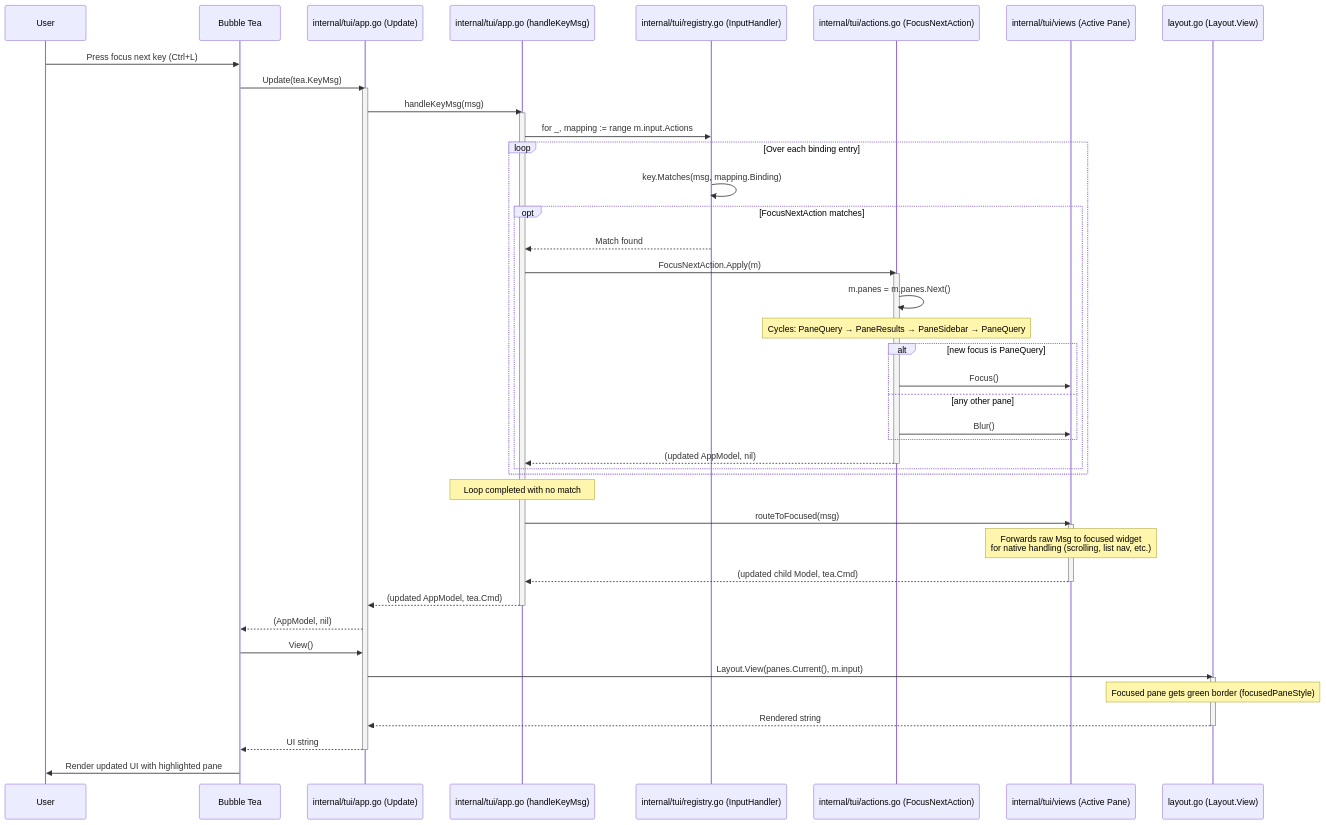
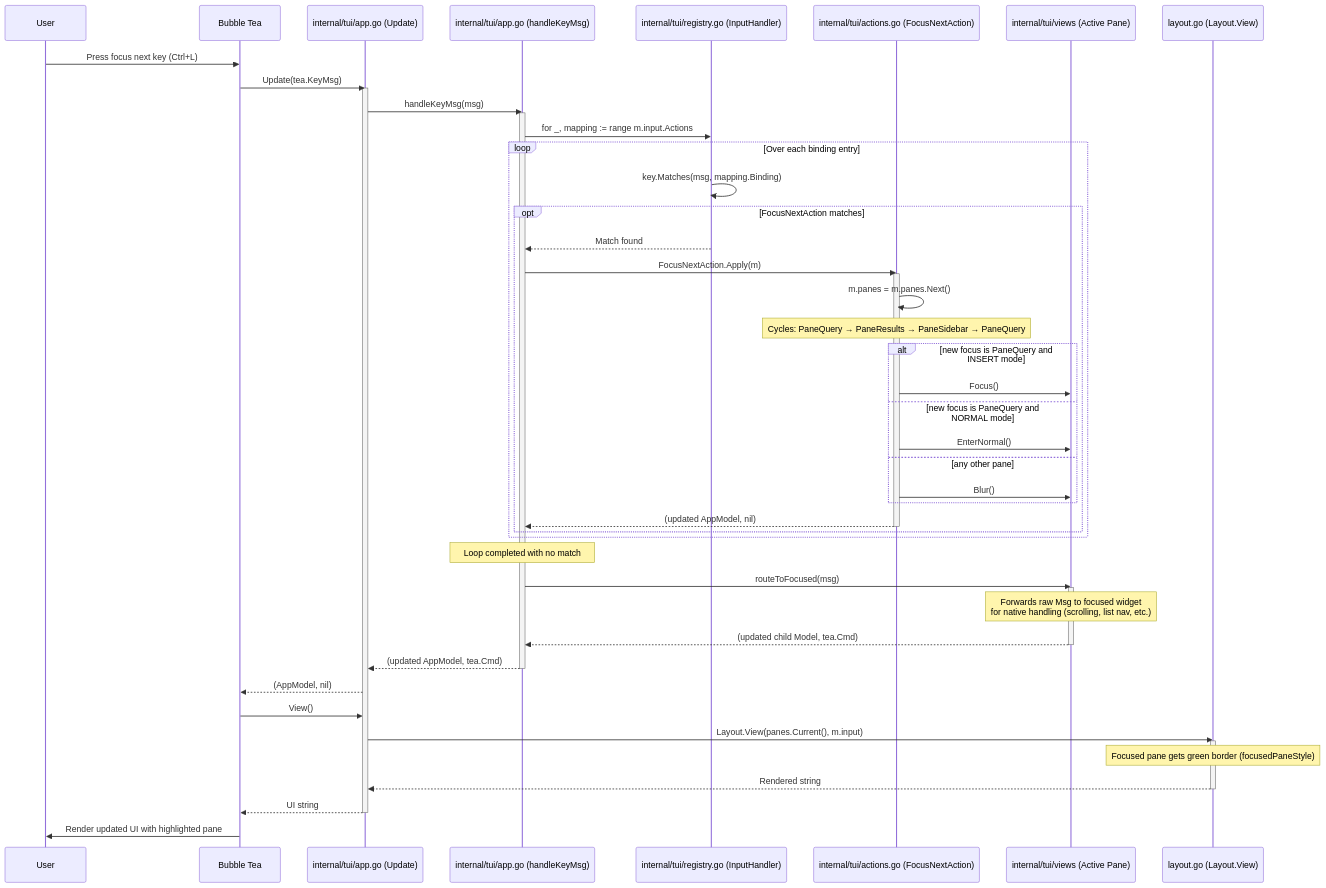
One commit to ajitm722/LazyOS changed the fifth of 5 diagrams in docs/sequence_flows.md. Above: the diagram before and after it, drawn with Mermaid. The commit also changed other lines of this file and 6 other files, not shown here.

First line of the commit message:
feat: vim-style cursor in querybar normal mode with w/b/h/l navigation

````diff
--- a/docs/sequence_flows.md
+++ b/docs/sequence_flows.md
@@ -372,61 +372,63 @@
 ```mermaid
 sequenceDiagram
     participant User as User
     participant Runtime as Bubble Tea
     participant Model as internal/tui/app.go (Update)
     participant Handler as internal/tui/app.go (handleKeyMsg)
     participant Reg as internal/tui/registry.go (InputHandler)
     participant Action as internal/tui/actions.go (FocusNextAction)
     participant Child as internal/tui/views (Active Pane)
     participant Layout as layout.go (Layout.View)
 
     User->>Runtime: Press focus next key (Ctrl+L)
     Runtime->>Model: Update(tea.KeyMsg)
 
     activate Model
     Model->>Handler: handleKeyMsg(msg)
     activate Handler
 
     Handler->>Reg: for _, mapping := range m.input.Actions
 
     loop Over each binding entry
         Reg->>Reg: key.Matches(msg, mapping.Binding)
         opt FocusNextAction matches
             Reg-->>Handler: Match found
             Handler->>Action: FocusNextAction.Apply(m)
             activate Action
             Action->>Action: m.panes = m.panes.Next()
             Note over Action: Cycles: PaneQuery → PaneResults → PaneSidebar → PaneQuery
-            alt new focus is PaneQuery
+            alt new focus is PaneQuery and INSERT mode
                 Action->>Child: Focus()
+            else new focus is PaneQuery and NORMAL mode
+                Action->>Child: EnterNormal()
             else any other pane
                 Action->>Child: Blur()
             end
             Action-->>Handler: (updated AppModel, nil)
             deactivate Action
         end
     end
 
     Note over Handler: Loop completed with no match
     Handler->>Child: routeToFocused(msg)
     activate Child
     Note over Child: Forwards raw Msg to focused widget<br/>for native handling (scrolling, list nav, etc.)
     Child-->>Handler: (updated child Model, tea.Cmd)
     deactivate Child
 
     Handler-->>Model: (updated AppModel, tea.Cmd)
     deactivate Handler
 
     Model-->>Runtime: (AppModel, nil)
 
     Runtime->>Model: View()
     Model->>Layout: Layout.View(panes.Current(), m.input)
     activate Layout
     Note over Layout: Focused pane gets green border (focusedPaneStyle)
     Layout-->>Model: Rendered string
     deactivate Layout
 
     Model-->>Runtime: UI string
     deactivate Model
     Runtime->>User: Render updated UI with highlighted pane
 ```
````
